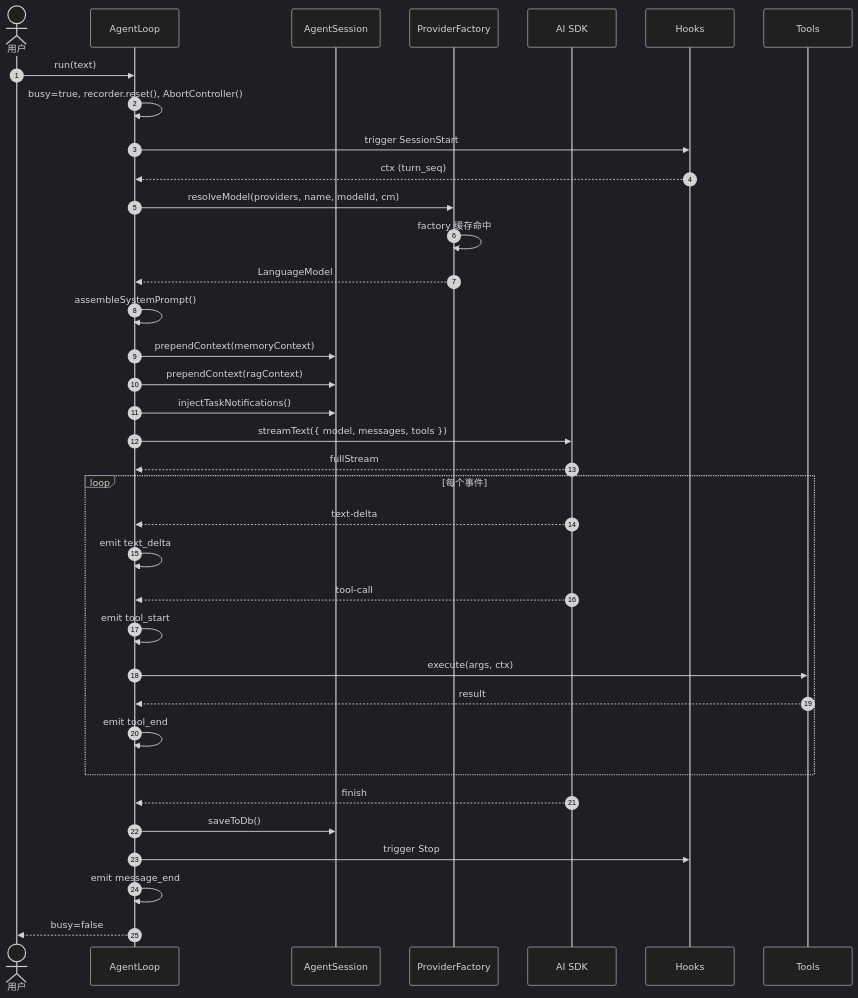
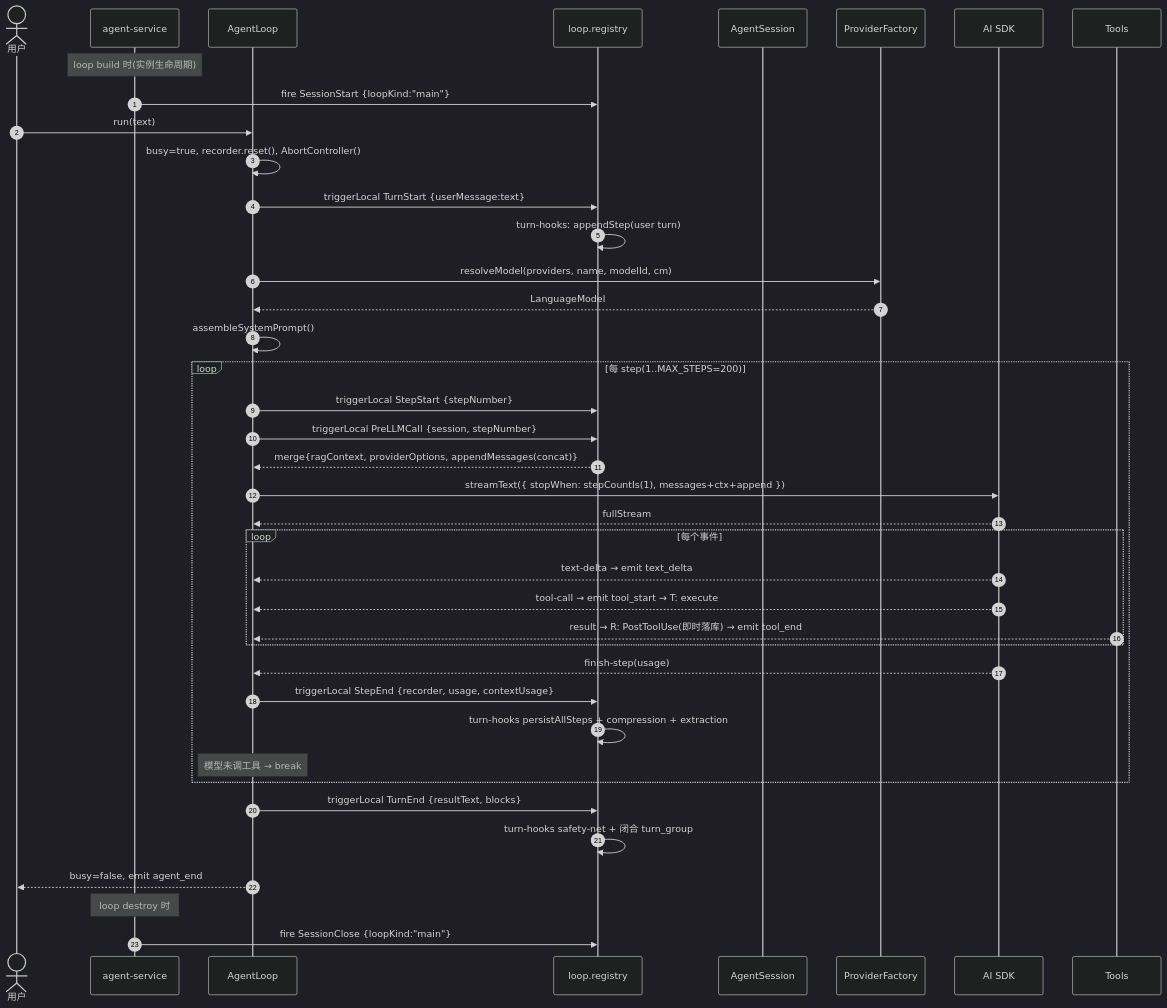
One commit to LanicBlue/zero-core changed the second of 4 diagrams in docs/arch/03-runtime-engine.md. Above: the diagram before and after it, drawn with Mermaid (dark theme). The commit also changed other lines of this file and 7 other files, not shown here.

````diff
--- a/docs/arch/03-runtime-engine.md
+++ b/docs/arch/03-runtime-engine.md
@@ -301,39 +340,43 @@
 ```mermaid
 sequenceDiagram
     autonumber
     actor U as 用户
+    participant AS as agent-service
     participant L as AgentLoop
+    participant R as loop.registry
     participant S as AgentSession
     participant P as ProviderFactory
     participant AI as AI SDK
-    participant H as Hooks
     participant T as Tools
 
+    Note over AS: loop build 时(实例生命周期)
+    AS->>R: fire SessionStart {loopKind:"main"}
     U->>L: run(text)
     L->>L: busy=true, recorder.reset(), AbortController()
-    L->>H: trigger SessionStart
-    H-->>L: ctx (turn_seq)
+    L->>R: triggerLocal TurnStart {userMessage:text}
+    R->>R: turn-hooks: appendStep(user turn)
     L->>P: resolveModel(providers, name, modelId, cm)
-    P->>P: factory 缓存命中
     P-->>L: LanguageModel
     L->>L: assembleSystemPrompt()
-    L->>S: prependContext(memoryContext)
-    L->>S: prependContext(ragContext)
-    L->>S: injectTaskNotifications()
-    L->>AI: streamText({ model, messages, tools })
-    AI-->>L: fullStream
-    loop 每个事件
-        AI-->>L: text-delta
-        L->>L: emit text_delta
-        AI-->>L: tool-call
-        L->>L: emit tool_start
-        L->>T: execute(args, ctx)
-        T-->>L: result
-        L->>L: emit tool_end
+    loop 每 step(1..MAX_STEPS=200)
+        L->>R: triggerLocal StepStart {stepNumber}
+        L->>R: triggerLocal PreLLMCall {session, stepNumber}
+        R-->>L: merge{ragContext, providerOptions, appendMessages(concat)}
+        L->>AI: streamText({ stopWhen: stepCountIs(1), messages+ctx+append })
+        AI-->>L: fullStream
+        loop 每个事件
+            AI-->>L: text-delta → emit text_delta
+            AI-->>L: tool-call → emit tool_start → T: execute
+            T-->>L: result → R: PostToolUse(即时落库) → emit tool_end
+        end
+        AI-->>L: finish-step(usage)
+        L->>R: triggerLocal StepEnd {recorder, usage, contextUsage}
+        R->>R: turn-hooks persistAllSteps + compression + extraction
+        Note over L: 模型未调工具 → break
     end
-    AI-->>L: finish
-    L->>S: saveToDb()
-    L->>H: trigger Stop
-    L->>L: emit message_end
-    L-->>U: busy=false
+    L->>R: triggerLocal TurnEnd {resultText, blocks}
+    R->>R: turn-hooks safety-net + 闭合 turn_group
+    L-->>U: busy=false, emit agent_end
+    Note over AS: loop destroy 时
+    AS->>R: fire SessionClose {loopKind:"main"}
 ```
````
